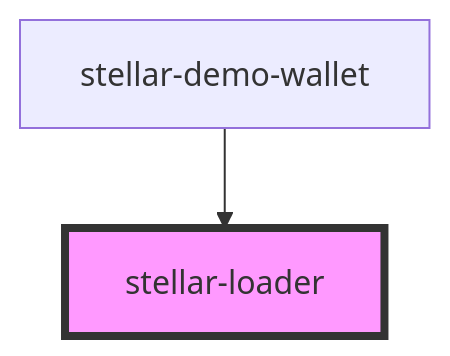
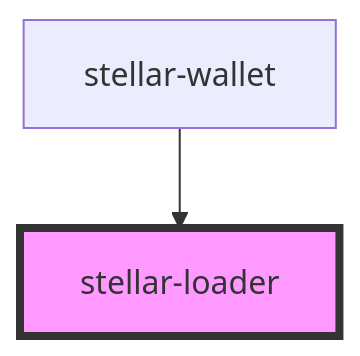
One commit to stellar/stellar-demo-wallet changed the diagram in src/components/loader/readme.md. Above: the diagram before and after it, drawn with Mermaid. The commit also changed other lines of this file and 11 other files, not shown here.

````diff
--- a/src/components/loader/readme.md
+++ b/src/components/loader/readme.md
@@ -22,5 +22,5 @@
 ```mermaid
 graph TD;
-  stellar-demo-wallet --> stellar-loader
+  stellar-wallet --> stellar-loader
   style stellar-loader fill:#f9f,stroke:#333,stroke-width:4px
 ```
````
